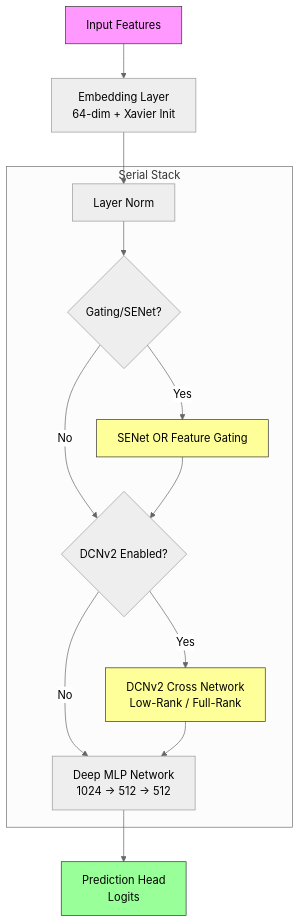
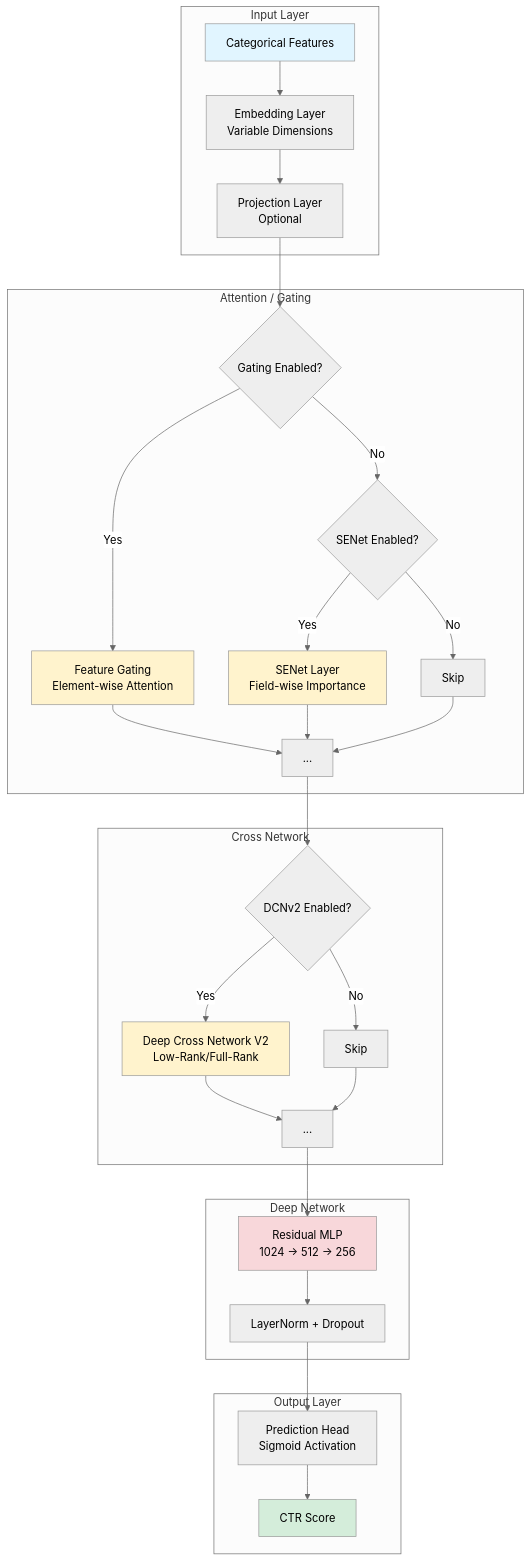
Before and after one commit to Alishahryar1/avazu-ctr: the diagram in README.md, drawn with Mermaid (neutral theme). The commit also changed other lines of this file, not shown here.

````diff
--- a/README.md
+++ b/README.md
@@ -56,24 +66,43 @@
 ```mermaid
-graph TD
-    Input[Input Features] --> Embed[Embedding Layer<br>64-dim + Xavier Init]
-    Embed --> LN[Layer Norm]
-    
-    subgraph "Serial Stack"
-        LN --> Gating{Gating/SENet?}
-        Gating -->|Yes| Interaction[SENet OR Feature Gating]
-        Gating -->|No| DCN
-        
-        Interaction --> DCN{DCNv2 Enabled?}
-        DCN -->|Yes| Cross[DCNv2 Cross Network<br>Low-Rank / Full-Rank]
-        DCN -->|No| MLP
-        
-        Cross --> MLP
+graph TB
+    subgraph Input["Input Layer"]
+        A[Categorical Features] --> B[Embedding Layer<br/>Variable Dimensions]
+        B --> C[Projection Layer<br/>Optional]
     end
-    
-    MLP[Deep MLP Network<br>1024 → 512 → 512] --> Head[Prediction Head<br>Logits]
-    
-    style Input fill:#f9f,stroke:#333
-    style Head fill:#9f9,stroke:#333
-    style Interaction fill:#ff9,stroke:#333
-    style Cross fill:#ff9,stroke:#333
+
+    subgraph Attention["Attention / Gating"]
+        C --> D{Gating Enabled?}
+        D -->|Yes| E[Feature Gating<br/>Element-wise Attention]
+        D -->|No| F{SENet Enabled?}
+        F -->|Yes| G[SENet Layer<br/>Field-wise Importance]
+        F -->|No| H[Skip]
+        E --> I[...]
+        G --> I
+        H --> I
+    end
+
+    subgraph Cross["Cross Network"]
+        I --> J{DCNv2 Enabled?}
+        J -->|Yes| K[Deep Cross Network V2<br/>Low-Rank/Full-Rank]
+        J -->|No| L[Skip]
+        K --> M[...]
+        L --> M
+    end
+
+    subgraph Deep["Deep Network"]
+        M --> N[Residual MLP<br/>1024 → 512 → 256]
+        N --> O[LayerNorm + Dropout]
+    end
+
+    subgraph Output["Output Layer"]
+        O --> P[Prediction Head<br/>Sigmoid Activation]
+        P --> Q[CTR Score]
+    end
+
+    style A fill:#e1f5ff
+    style Q fill:#d4edda
+    style E fill:#fff3cd
+    style G fill:#fff3cd
+    style K fill:#fff3cd
+    style N fill:#f8d7da
 ```
````
